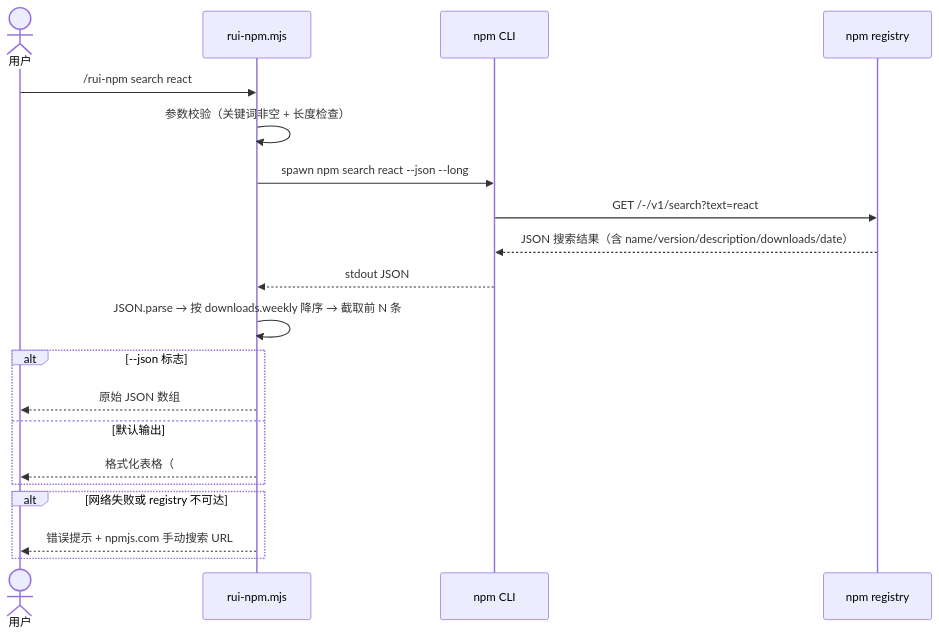
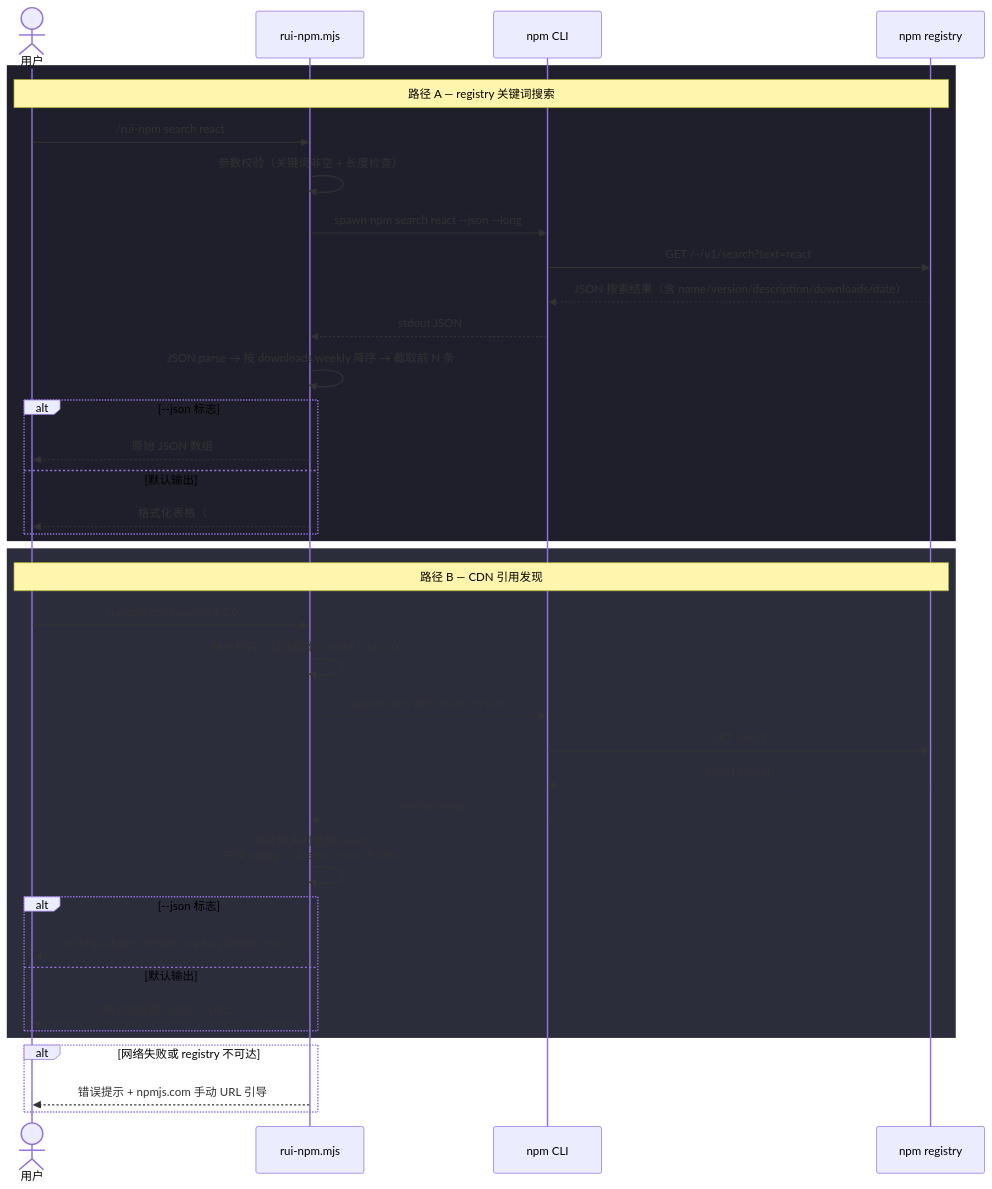
One commit to effiy/YrY changed the second of 3 diagrams in docs/故事任务面板/rui-npm/场景-1-包搜索与发现/场景-1-包搜索与发现.md. Above: the diagram before and after it, drawn with Mermaid. The commit also changed other lines of this file and 50 other files, not shown here.

````diff
--- a/docs/故事任务面板/rui-npm/场景-1-包搜索与发现/场景-1-包搜索与发现.md
+++ b/docs/故事任务面板/rui-npm/场景-1-包搜索与发现/场景-1-包搜索与发现.md
@@ -67,23 +82,43 @@
 ```mermaid
 sequenceDiagram
     actor U as 用户
     participant CLI as rui-npm.mjs
     participant NPM as npm CLI
     participant REG as npm registry
 
-    U->>CLI: /rui-npm search react
-    CLI->>CLI: 参数校验（关键词非空 + 长度检查）
-    CLI->>NPM: spawn npm search react --json --long
-    NPM->>REG: GET /-/v1/search?text=react
-    REG-->>NPM: JSON 搜索结果（含 name/version/description/downloads/date）
-    NPM-->>CLI: stdout JSON
-    CLI->>CLI: JSON.parse → 按 downloads.weekly 降序 → 截取前 N 条
-    alt --json 标志
-        CLI-->>U: 原始 JSON 数组
-    else 默认输出
-        CLI-->>U: 格式化表格（#/包名/版本/周下载量/描述）
+    rect rgb(30, 31, 43)
+        Note over U,REG: 路径 A — registry 关键词搜索
+        U->>CLI: /rui-npm search react
+        CLI->>CLI: 参数校验（关键词非空 + 长度检查）
+        CLI->>NPM: spawn npm search react --json --long
+        NPM->>REG: GET /-/v1/search?text=react
+        REG-->>NPM: JSON 搜索结果（含 name/version/description/downloads/date）
+        NPM-->>CLI: stdout JSON
+        CLI->>CLI: JSON.parse → 按 downloads.weekly 降序 → 截取前 N 条
+        alt --json 标志
+            CLI-->>U: 原始 JSON 数组
+        else 默认输出
+            CLI-->>U: 格式化表格（#/包名/版本/周下载量/描述）
+        end
     end
+
+    rect rgb(43, 45, 59)
+        Note over U,REG: 路径 B — CDN 引用发现
+        U->>CLI: /rui-npm cdn react@18.2.0
+        CLI->>CLI: 解析包名 + 可选版本（react + 18.2.0）
+        CLI->>NPM: spawn npm view react version
+        NPM->>REG: GET /react
+        REG-->>NPM: latest version
+        NPM-->>CLI: version string
+        CLI->>CLI: 版本缺失时使用 latest<br/>生成 unpkg / jsDelivr / esm.sh URL
+        alt --json 标志
+            CLI-->>U: JSON {package, version, unpkg, jsDelivr, esm}
+        else 默认输出
+            CLI-->>U: 格式化表格（CDN / URL）
+        end
+    end
+
     alt 网络失败或 registry 不可达
-        CLI-->>U: 错误提示 + npmjs.com 手动搜索 URL
+        CLI-->>U: 错误提示 + npmjs.com 手动 URL 引导
     end
 ```
````
